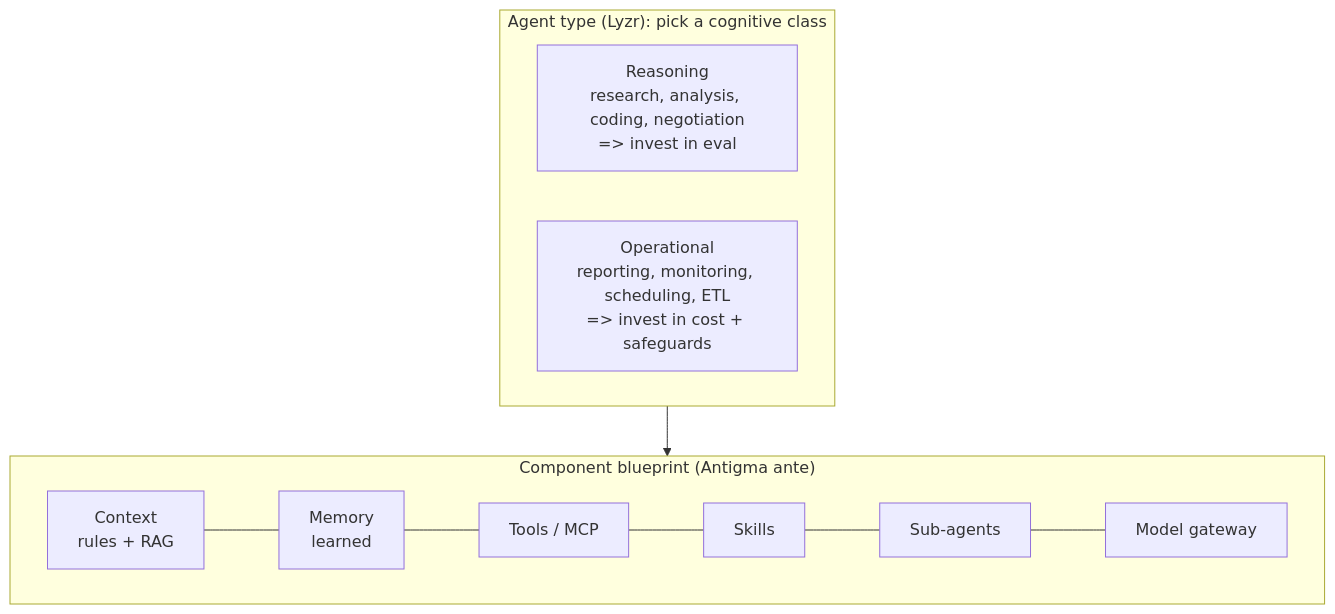
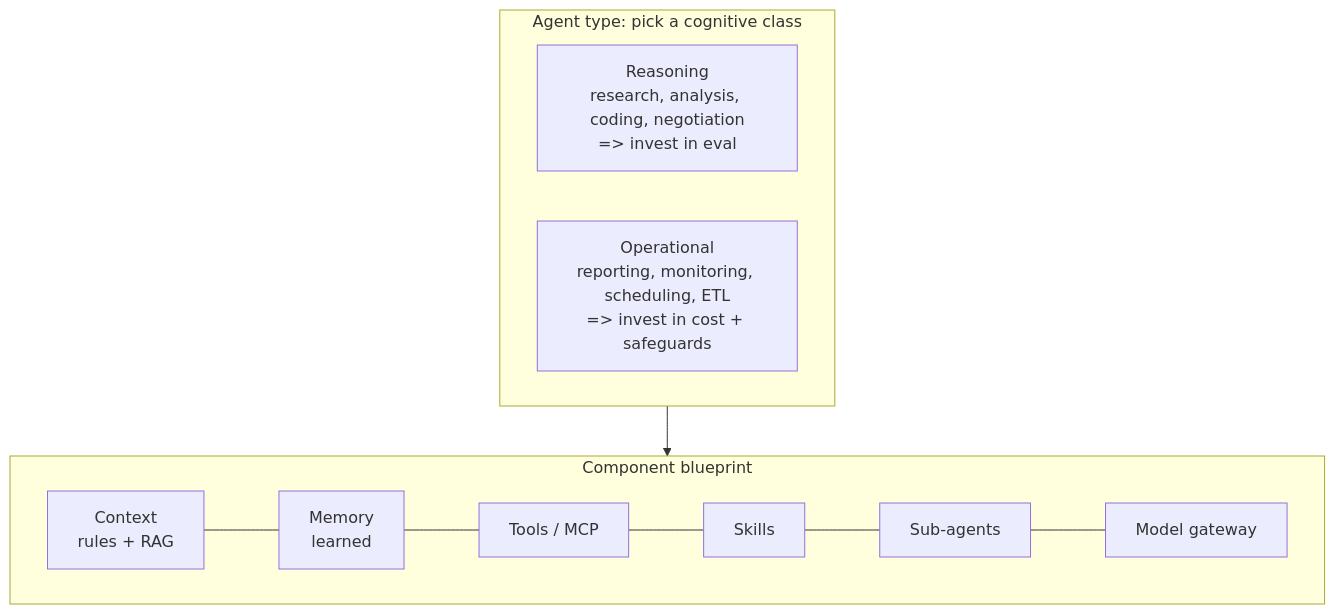
Before and after one commit to mothivenkatesh/agent-blueprint: the third of 4 diagrams in README.md, drawn with Mermaid. The commit also changed other lines of this file and 20 other files, not shown here.

First line of the commit message:
Rebrand to agent-blueprint + reposition README

````diff
--- a/README.md
+++ b/README.md
@@ -93,13 +110,13 @@
 ```mermaid
 flowchart TB
-  subgraph T["Agent type (Lyzr): pick a cognitive class"]
+  subgraph T["Agent type: pick a cognitive class"]
     direction LR
     R["Reasoning<br/>research, analysis, coding, negotiation<br/>=> invest in eval"]
     O["Operational<br/>reporting, monitoring, scheduling, ETL<br/>=> invest in cost + safeguards"]
   end
-  subgraph C["Component blueprint (Antigma ante)"]
+  subgraph C["Component blueprint"]
     direction LR
     ctx["Context<br/>rules + RAG"] --- mem["Memory<br/>learned"] --- tools["Tools / MCP"] --- sk["Skills"] --- sub["Sub-agents"] --- gw["Model gateway"]
   end
   T --> C
 ```
````
